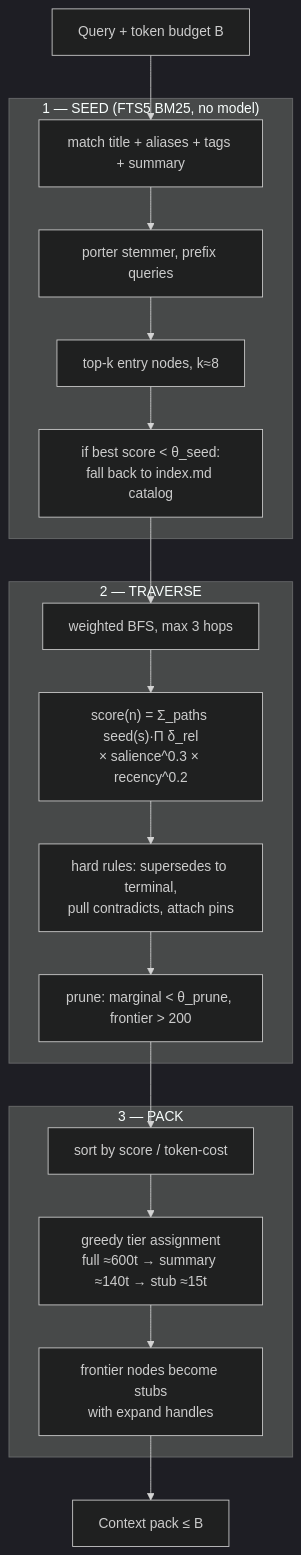
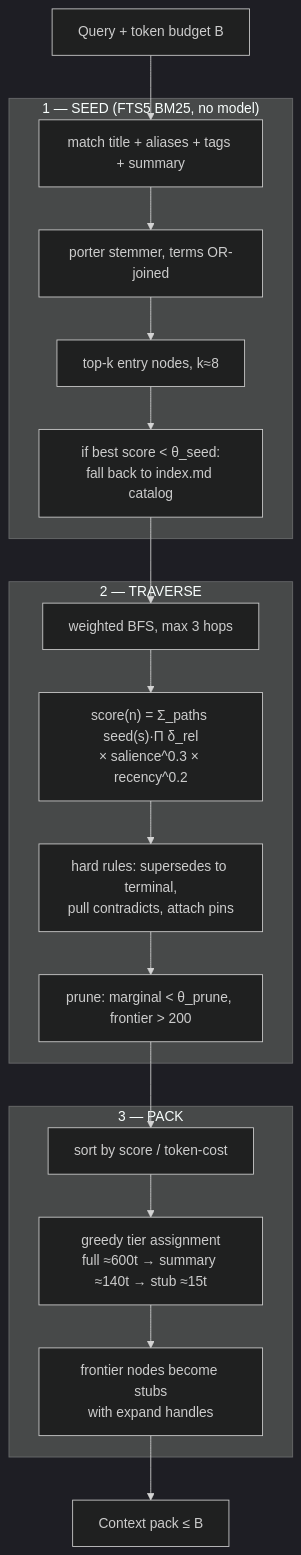
The first of 2 diagrams in architecture/06-brain-runtime.md (mars-flat/brain), drawn with Mermaid (dark theme) before and after one commit. The commit also changed other lines of this file and 23 other files, not shown here.

````diff
--- a/architecture/06-brain-runtime.md
+++ b/architecture/06-brain-runtime.md
@@ -7,26 +7,26 @@
 ```mermaid
 flowchart TB
     Q["Query + token budget B"]
 
     subgraph Seed["1 — SEED (FTS5 BM25, no model)"]
         F1["match title + aliases + tags + summary"]
-        F2["porter stemmer, prefix queries"]
+        F2["porter stemmer, terms OR-joined"]
         F3["top-k entry nodes, k≈8"]
         F4["if best score &lt; θ_seed:<br/>fall back to index.md catalog"]
     end
 
     subgraph Trav["2 — TRAVERSE"]
         B1["weighted BFS, max 3 hops"]
         B2["score(n) = Σ_paths seed(s)·Π δ_rel<br/>× salience^0.3 × recency^0.2"]
         B3["hard rules: supersedes to terminal,<br/>pull contradicts, attach pins"]
         B4["prune: marginal &lt; θ_prune, frontier &gt; 200"]
     end
 
     subgraph Pack["3 — PACK"]
         K1["sort by score / token-cost"]
         K2["greedy tier assignment<br/>full ≈600t → summary ≈140t → stub ≈15t"]
         K3["frontier nodes become stubs<br/>with expand handles"]
     end
 
     Q --> F1 --> F2 --> F3 --> F4 --> B1 --> B2 --> B3 --> B4 --> K1 --> K2 --> K3 --> OUT["Context pack ≤ B"]
 ```
````
